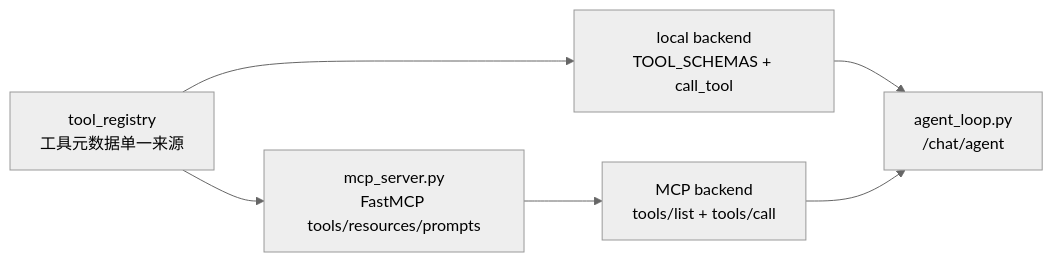
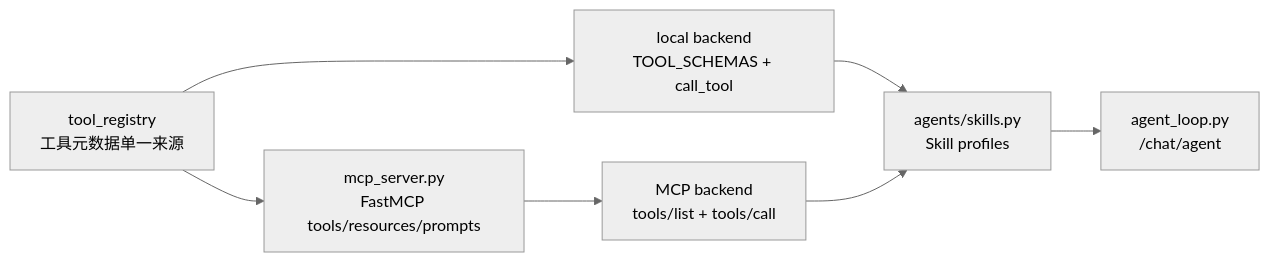
Diagram 11 of 12 in docs/architecture.md (Yoimiya2627/email-rag-agent), drawn with Mermaid (neutral theme) before and after one commit. The commit also changed other lines of this file and 54 other files, not shown here.

Commit message:
feat: harden email agent evalops and production flow

````diff
--- a/docs/architecture.md
+++ b/docs/architecture.md
@@ -431,13 +431,15 @@
 ```mermaid
 flowchart LR
     Registry["tool_registry<br/>工具元数据单一来源"]
     Local["local backend<br/>TOOL_SCHEMAS + call_tool"]
     MCPServer["mcp_server.py<br/>FastMCP tools/resources/prompts"]
     MCPClient["MCP backend<br/>tools/list + tools/call"]
+    Skill["agents/skills.py<br/>Skill profiles"]
     Loop["agent_loop.py<br/>/chat/agent"]
 
     Registry --> Local
     Registry --> MCPServer
-    Local --> Loop
-    MCPServer --> MCPClient --> Loop
+    Local --> Skill
+    MCPServer --> MCPClient --> Skill
+    Skill --> Loop
 ```
````
